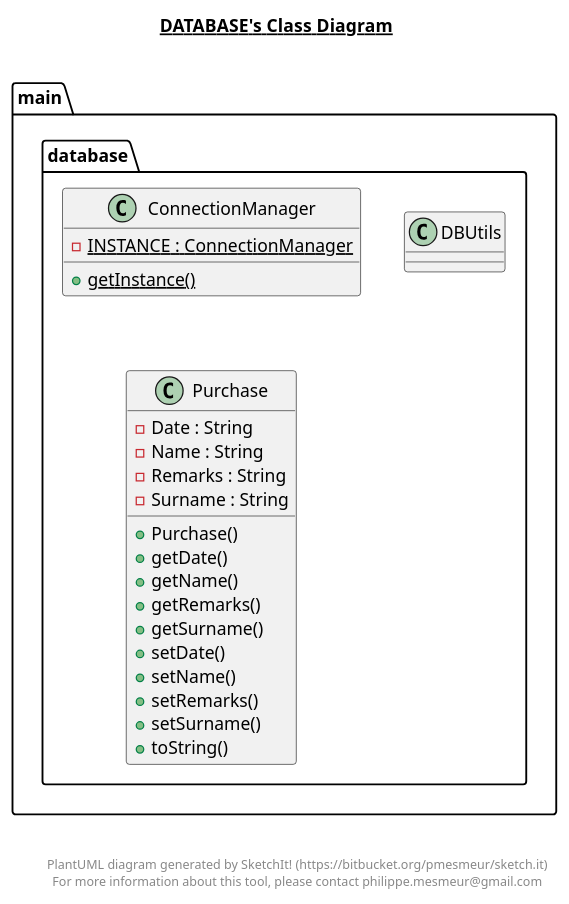
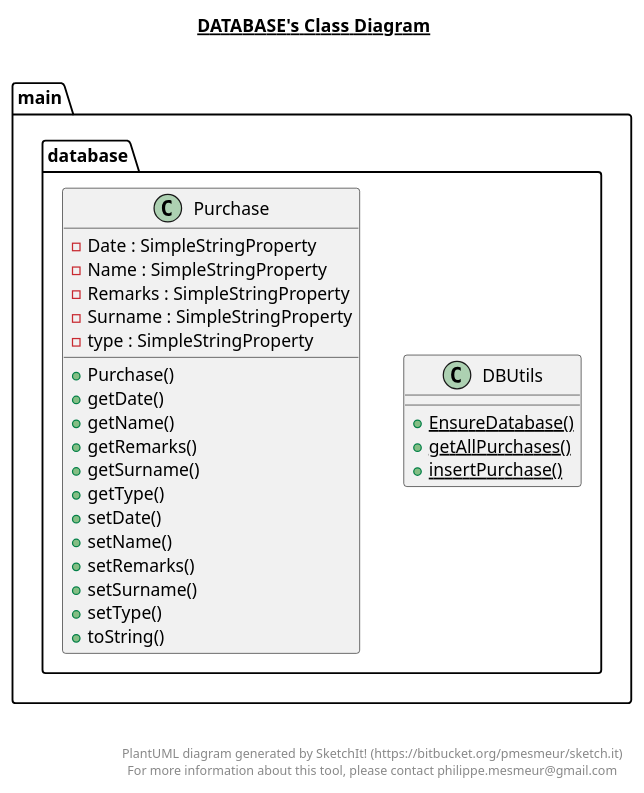
Before and after one commit to leprekon91/designPatternsFinal: the diagram in src/main/database/database.plantuml, drawn with PlantUML. The commit also changed 60 other files, not shown here.

```diff
--- a/src/main/database/database.plantuml
+++ b/src/main/database/database.plantuml
@@ -1,54 +1,50 @@
 @startuml
 
 title __DATABASE's Class Diagram__\n
 
   namespace main {
     namespace database {
-      class main.database.ConnectionManager {
-          {static} - INSTANCE : ConnectionManager
-          {static} + getInstance()
-      }
-    }
-  }
-  
-
-  namespace main {
-    namespace database {
       class main.database.DBUtils {
+          {static} + EnsureDatabase()
+          {static} + getAllPurchases()
+          {static} + insertPurchase()
       }
     }
   }
   
 
   namespace main {
     namespace database {
       class main.database.Purchase {
-          - Date : String
-          - Name : String
-          - Remarks : String
-          - Surname : String
+          - Date : SimpleStringProperty
+          - Name : SimpleStringProperty
+          - Remarks : SimpleStringProperty
+          - Surname : SimpleStringProperty
+          - type : SimpleStringProperty
           + Purchase()
           + getDate()
           + getName()
           + getRemarks()
           + getSurname()
+          + getType()
           + setDate()
           + setName()
           + setRemarks()
           + setSurname()
+          + setType()
           + toString()
       }
     }
   }
   
 
 
 
 right footer
 
 
 PlantUML diagram generated by SketchIt! (https://bitbucket.org/pmesmeur/sketch.it)
 For more information about this tool, please contact philippe.mesmeur@gmail.com
 endfooter
 
 @enduml
```
